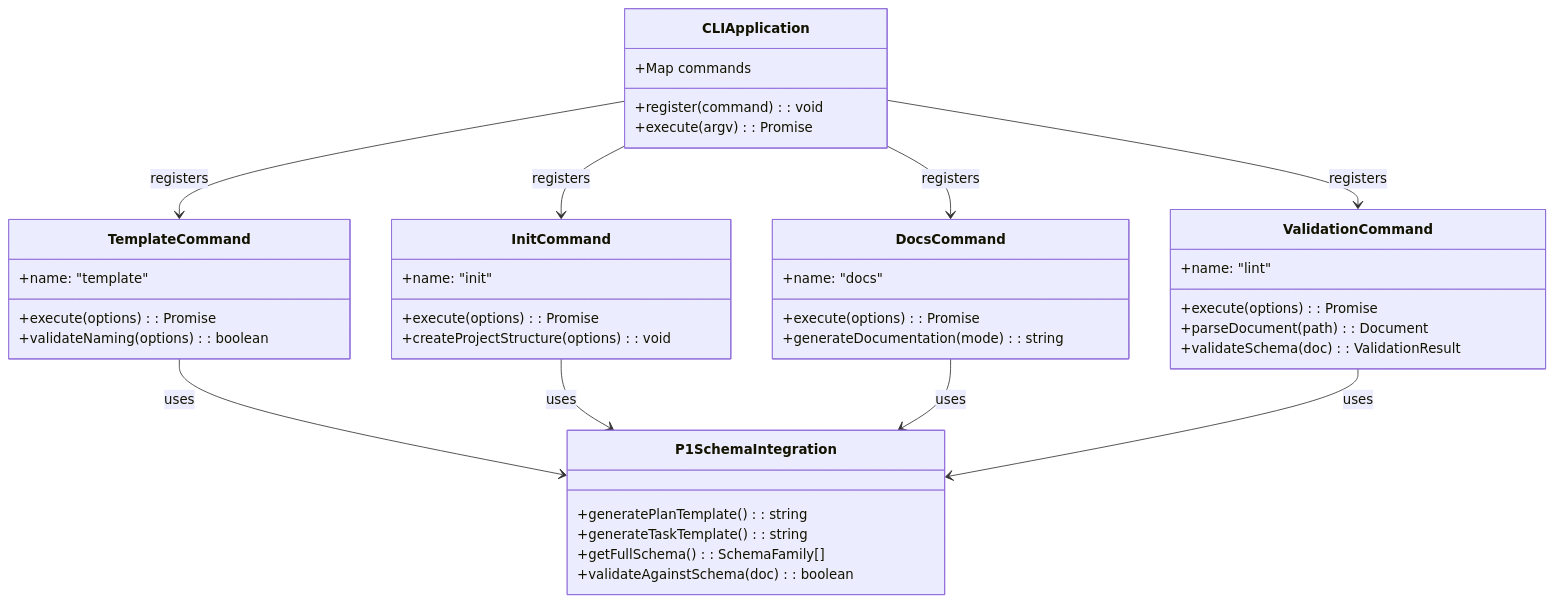
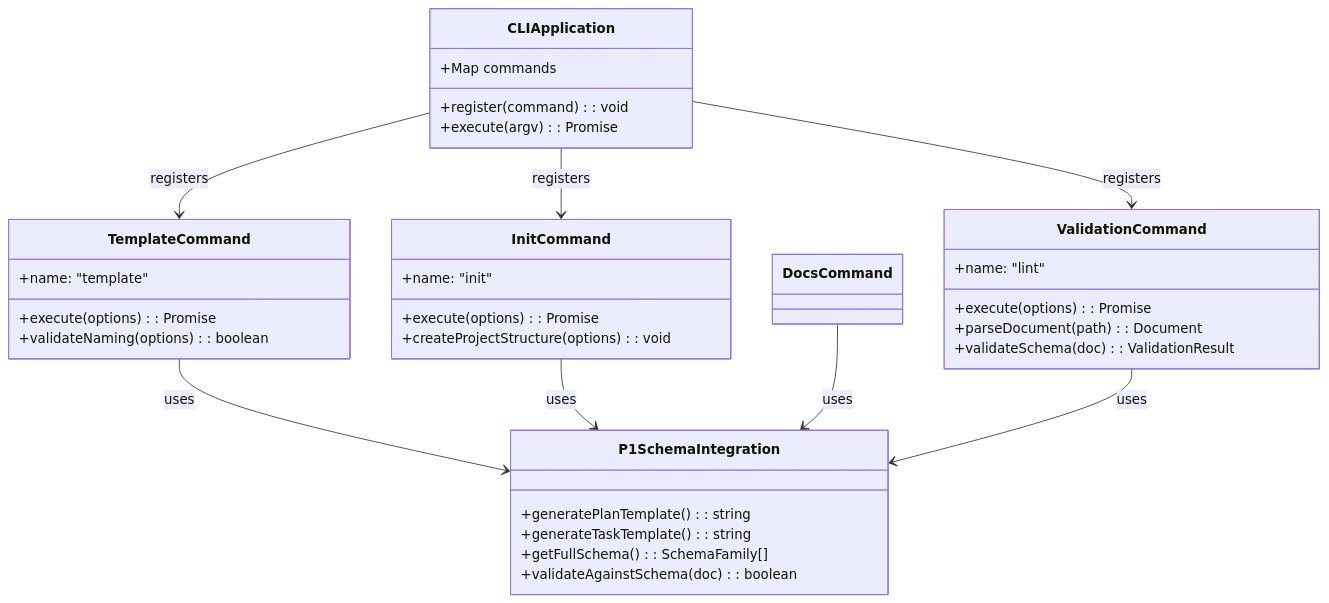
Before and after one commit to livelifelively/documentation-driven-development-tools: the seventh of 10 diagrams in docs/requirements/p1.p2-cli-tools.plan.md, drawn with Mermaid. The commit also changed other lines of this file and 5 other files, not shown here.

````diff
--- a/docs/requirements/p1.p2-cli-tools.plan.md
+++ b/docs/requirements/p1.p2-cli-tools.plan.md
@@ -314,52 +356,46 @@
 ```mermaid
 classDiagram
     direction TB
 
     class CLIApplication {
         +Map<string, CLICommand> commands
         +register(command): void
         +execute(argv): Promise<void>
     }
 
     class TemplateCommand {
         +name: "template"
         +execute(options): Promise<void>
         +validateNaming(options): boolean
     }
 
     class InitCommand {
         +name: "init"
         +execute(options): Promise<void>
         +createProjectStructure(options): void
     }
 
-    class DocsCommand {
-        +name: "docs"
-        +execute(options): Promise<void>
-        +generateDocumentation(mode): string
-    }
 
     class ValidationCommand {
         +name: "lint"
         +execute(options): Promise<void>
         +parseDocument(path): Document
         +validateSchema(doc): ValidationResult
     }
 
     class P1SchemaIntegration {
         +generatePlanTemplate(): string
         +generateTaskTemplate(): string
         +getFullSchema(): SchemaFamily[]
         +validateAgainstSchema(doc): boolean
     }
 
     CLIApplication --> TemplateCommand : registers
     CLIApplication --> InitCommand : registers
-    CLIApplication --> DocsCommand : registers
     CLIApplication --> ValidationCommand : registers
 
     TemplateCommand --> P1SchemaIntegration : uses
     InitCommand --> P1SchemaIntegration : uses
     DocsCommand --> P1SchemaIntegration : uses
     ValidationCommand --> P1SchemaIntegration : uses
 ```
````
